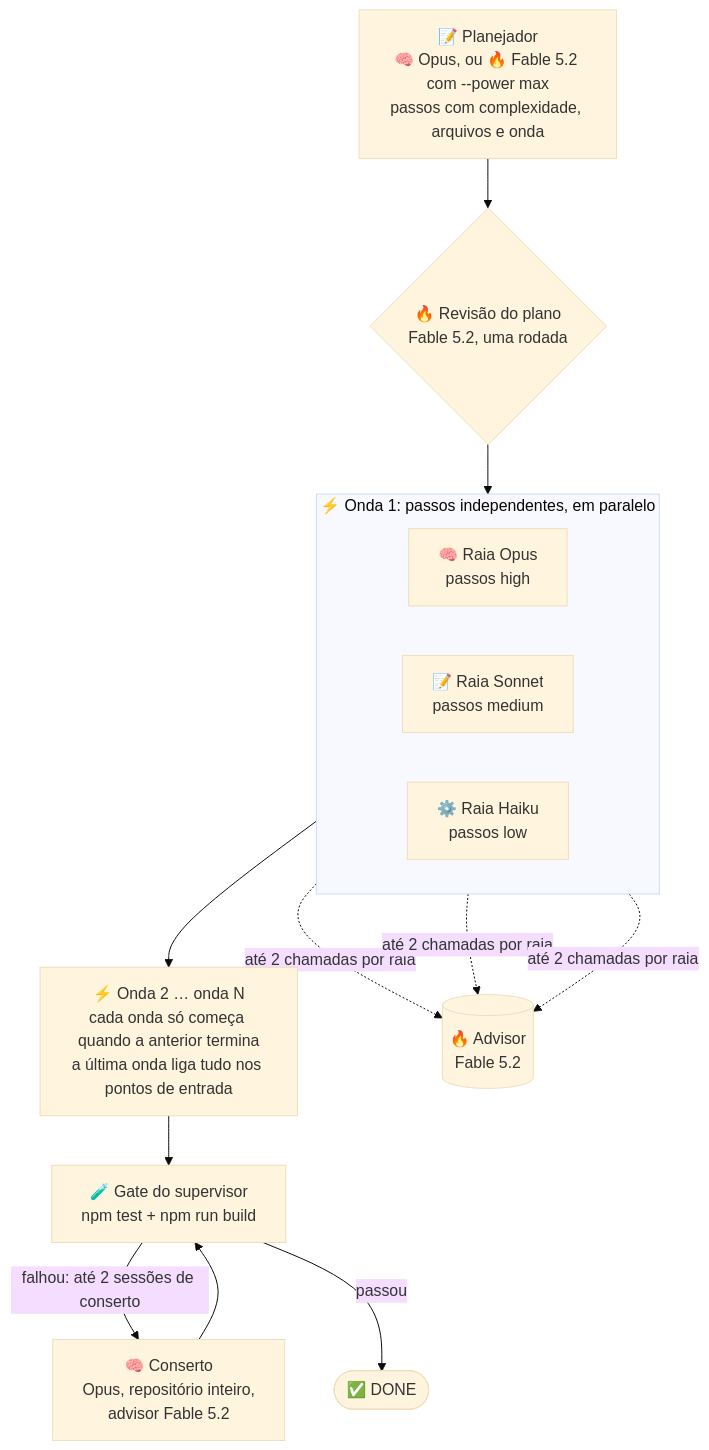
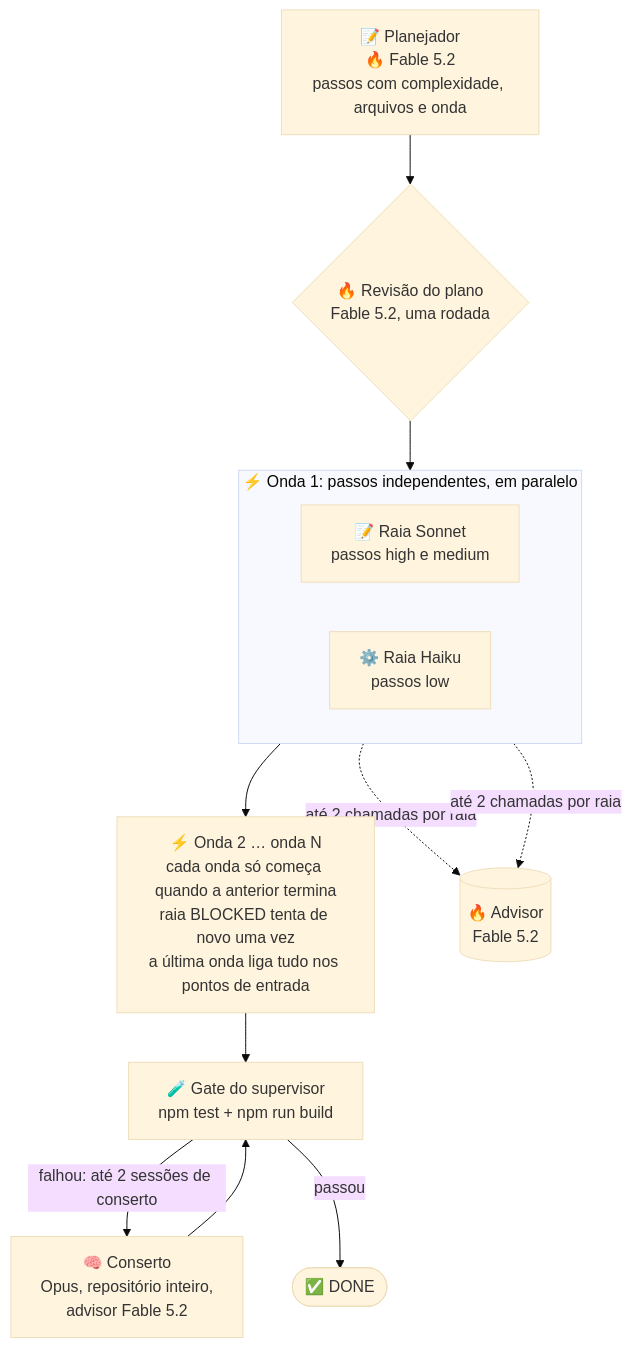
Before and after one commit to Dougladmo/graph-eng: the diagram in docs/power-mode.md, drawn with Mermaid (base theme). The commit also changed other lines of this file and 17 other files, not shown here.

Commit message:
feat: Power Mode da 1.4 com uma configuração só: Fable no plano, na revisão e no advisor, Sonnet em todas as raias, Opus só no conserto; raia BLOCKED tenta de novo antes do conserto; conserto preso ao contrato; escrita do executor por caminho absoluto e cd negado; --power max sai

````diff
--- a/docs/power-mode.md
+++ b/docs/power-mode.md
@@ -14,21 +14,19 @@
 ```mermaid
 flowchart TD
-  P[📝 Planejador<br/>🧠 Opus, ou 🔥 Fable 5.2 com --power max<br/>passos com complexidade, arquivos e onda] --> R{🔥 Revisão do plano<br/>Fable 5.2, uma rodada}
+  P[📝 Planejador<br/>🔥 Fable 5.2<br/>passos com complexidade, arquivos e onda] --> R{🔥 Revisão do plano<br/>Fable 5.2, uma rodada}
   R --> W1
 
   subgraph W1[⚡ Onda 1: passos independentes, em paralelo]
     direction LR
-    H1[🧠 Raia Opus<br/>passos high]
-    S1[📝 Raia Sonnet<br/>passos medium]
+    S1[📝 Raia Sonnet<br/>passos high e medium]
     C1[⚙️ Raia Haiku<br/>passos low]
   end
 
-  W1 --> W2[⚡ Onda 2 … onda N<br/>cada onda só começa quando a anterior termina<br/>a última onda liga tudo nos pontos de entrada]
-  H1 -. até 2 chamadas por raia .-> A[(🔥 Advisor<br/>Fable 5.2)]
-  S1 -. até 2 chamadas por raia .-> A
+  W1 --> W2[⚡ Onda 2 … onda N<br/>cada onda só começa quando a anterior termina<br/>raia BLOCKED tenta de novo uma vez<br/>a última onda liga tudo nos pontos de entrada]
+  S1 -. até 2 chamadas por raia .-> A[(🔥 Advisor<br/>Fable 5.2)]
   C1 -. até 2 chamadas por raia .-> A
   W2 --> G[🧪 Gate do supervisor<br/>npm test + npm run build]
   G -- falhou: até 2 sessões de conserto --> F[🧠 Conserto<br/>Opus, repositório inteiro,<br/>advisor Fable 5.2]
   F --> G
   G -- passou --> D([✅ DONE])
 ```
````
